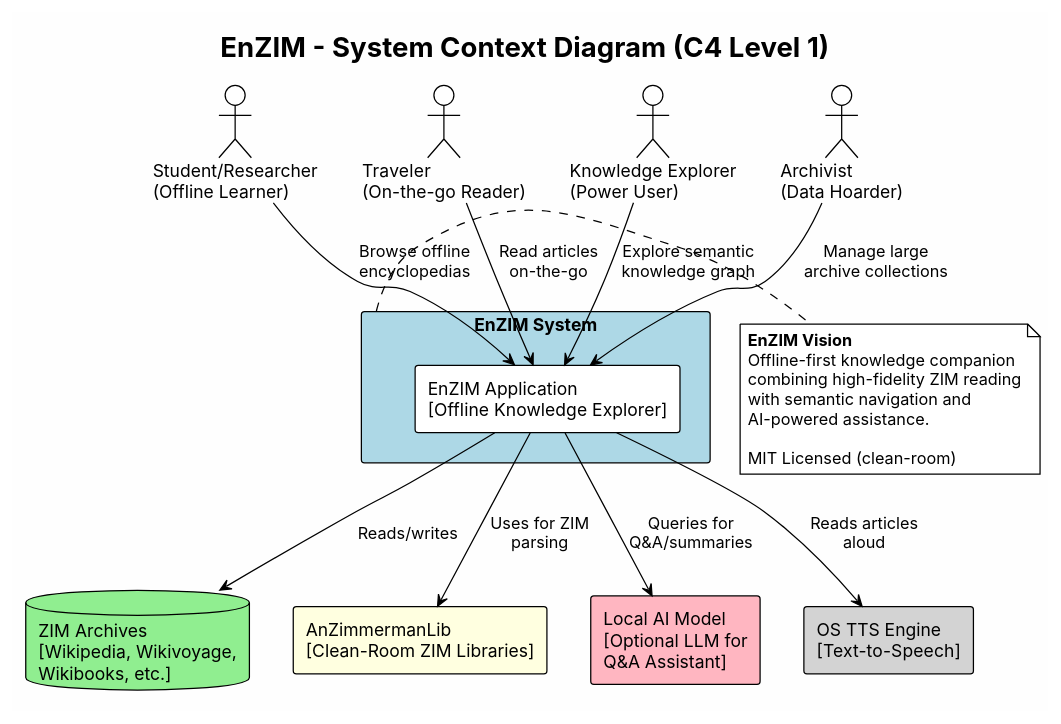
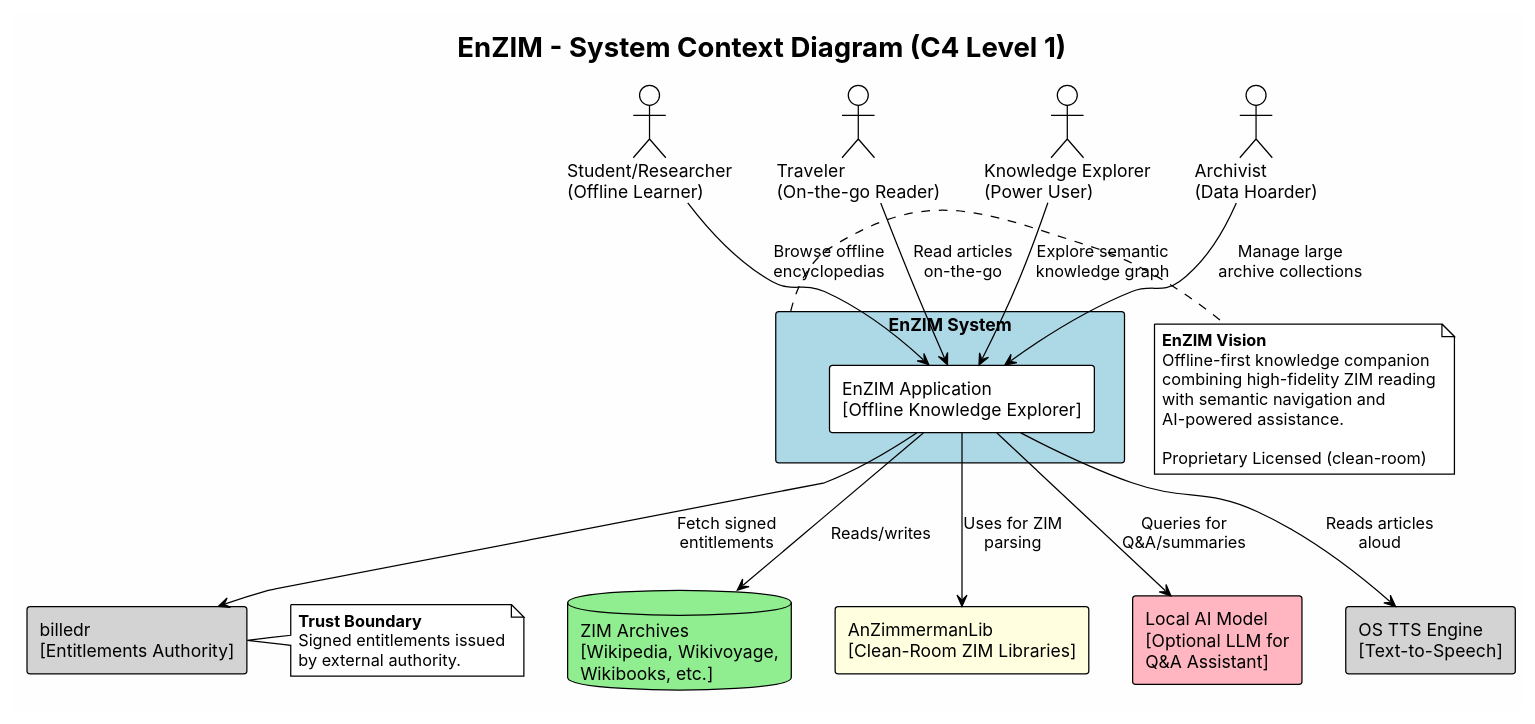
One commit to rebots-online/EnZIME changed the diagram in DOCS/ARCHITECTURE/01_system_context.puml. Above: the diagram before and after it, drawn with PlantUML. The commit also changed other lines of this file and 163 other files, not shown here.

```diff
--- a/DOCS/ARCHITECTURE/01_system_context.puml
+++ b/DOCS/ARCHITECTURE/01_system_context.puml
@@ -1,43 +5,51 @@
 @startuml EnZIM_System_Context
 !theme plain
 title EnZIM - System Context Diagram (C4 Level 1)
 ' Copyright (C) 2025 Robin L. M. Cheung, MBA. All rights reserved.
 
 skinparam backgroundColor #FEFEFE
 skinparam defaultFontName Inter
 
 actor "Student/Researcher\n(Offline Learner)" as student
 actor "Traveler\n(On-the-go Reader)" as traveler
 actor "Knowledge Explorer\n(Power User)" as explorer
 actor "Archivist\n(Data Hoarder)" as archivist
 
 rectangle "EnZIM System" as enzim #LightBlue {
     rectangle "EnZIM Application\n[Offline Knowledge Explorer]" as app
 }
 
 database "ZIM Archives\n[Wikipedia, Wikivoyage,\nWikibooks, etc.]" as zim #LightGreen
 rectangle "AnZimmermanLib\n[Clean-Room ZIM Libraries]" as anzim #LightYellow
 rectangle "Local AI Model\n[Optional LLM for\nQ&A Assistant]" as ai #LightPink
 rectangle "OS TTS Engine\n[Text-to-Speech]" as tts #LightGray
+rectangle "billedr\n[Entitlements Authority]" as billedr #LightGray
 
 student --> app : Browse offline\nencyclopedias
 traveler --> app : Read articles\non-the-go
 explorer --> app : Explore semantic\nknowledge graph
 archivist --> app : Manage large\narchive collections
 
 app --> zim : Reads/writes
 app --> anzim : Uses for ZIM\nparsing
 app --> ai : Queries for\nQ&A/summaries
 app --> tts : Reads articles\naloud
+app --> billedr : Fetch signed\nentitlements
 
 note right of enzim
   **EnZIM Vision**
   Offline-first knowledge companion
   combining high-fidelity ZIM reading
   with semantic navigation and
   AI-powered assistance.
   
-  MIT Licensed (clean-room)
+  Proprietary Licensed (clean-room)
+end note
+
+note right of billedr
+  **Trust Boundary**
+  Signed entitlements issued
+  by external authority.
 end note
 
 @enduml
```
